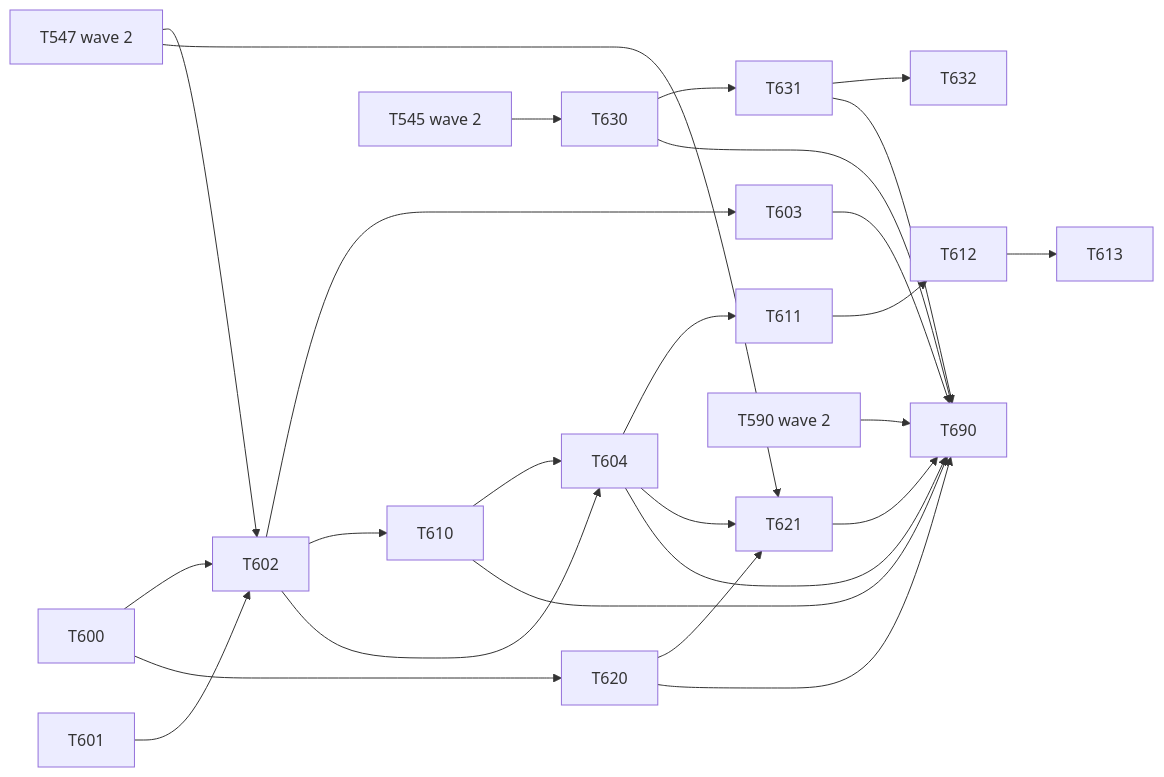
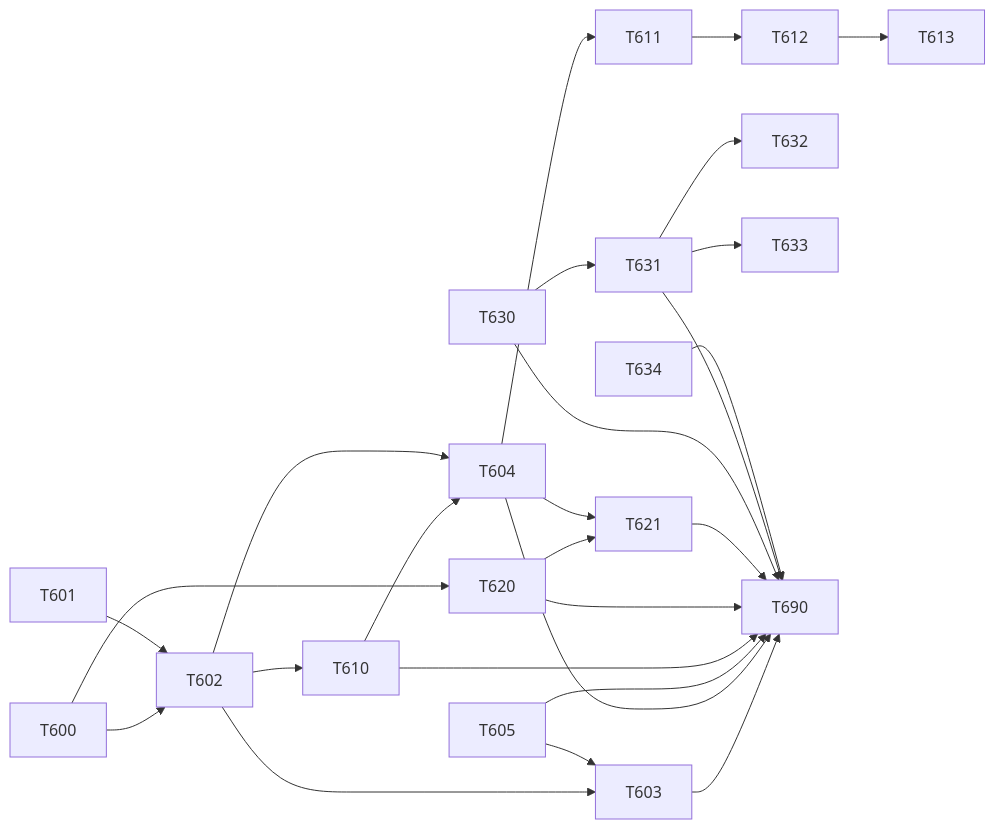
One commit to kvelev/bee-with-me changed the diagram in docs/superpowers/plans/2026-11-11-vs-wave3-overview.md. Above: the diagram before and after it, drawn with Mermaid. The commit also changed other lines of this file and 4 other files, not shown here.

````diff
--- a/docs/superpowers/plans/2026-11-11-vs-wave3-overview.md
+++ b/docs/superpowers/plans/2026-11-11-vs-wave3-overview.md
@@ -46,16 +46,15 @@
 ```mermaid
 flowchart LR
-    T547[T547 wave 2] --> T602
     T600 --> T602
     T601 --> T602
     T602 --> T603
     T602 --> T610 --> T604
     T602 --> T604
     T604 --> T611 --> T612 --> T613
     T600 --> T620 --> T621
     T604 --> T621
-    T547 --> T621
-    T545[T545 wave 2] --> T630 --> T631 --> T632
-    T590[T590 wave 2] --> T690
-    T603 & T604 & T610 & T620 & T621 & T630 & T631 --> T690
+    T630 --> T631 --> T632
+    T631 --> T633
+    T605 --> T603
+    T603 & T604 & T605 & T610 & T620 & T621 & T630 & T631 & T634 --> T690
 ```
````
